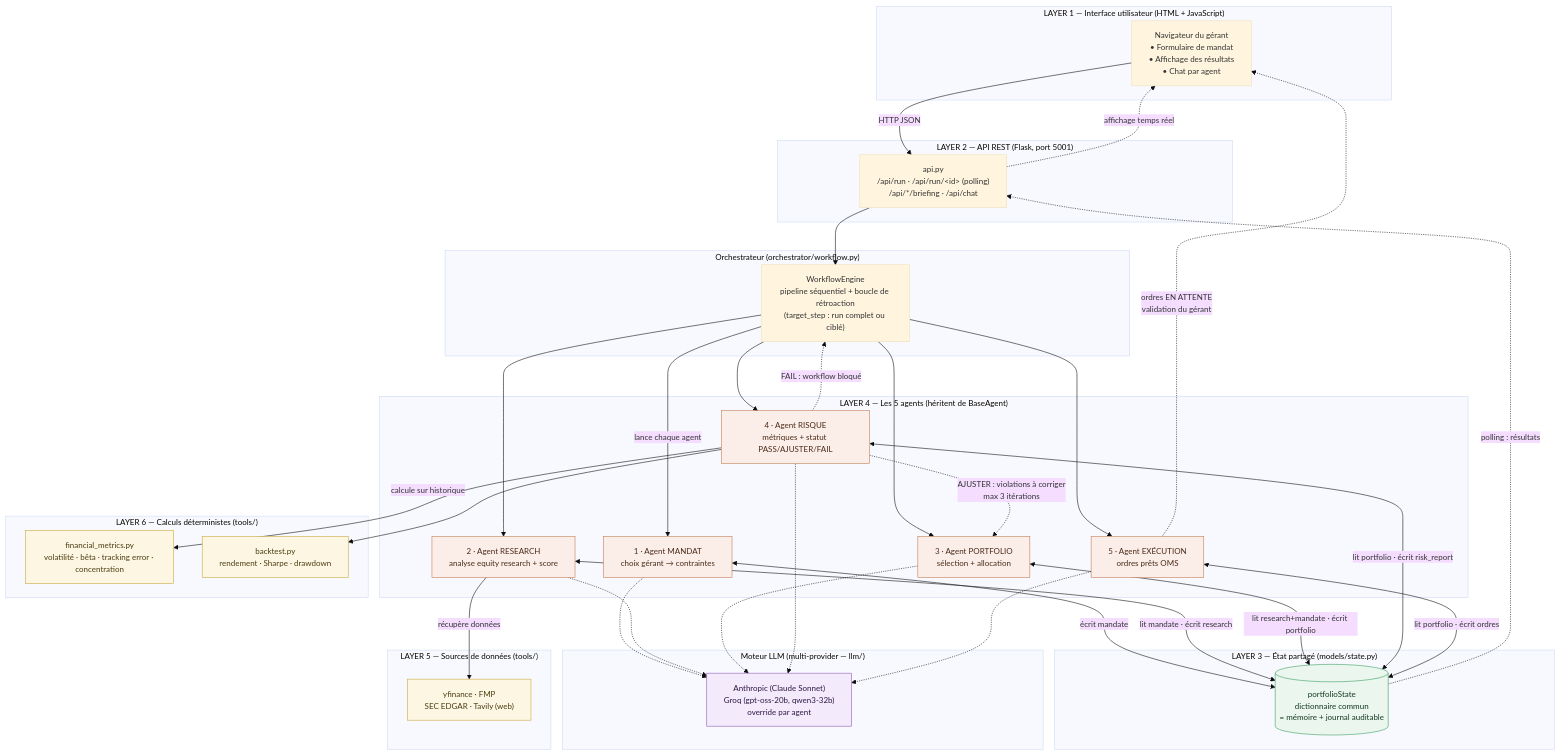
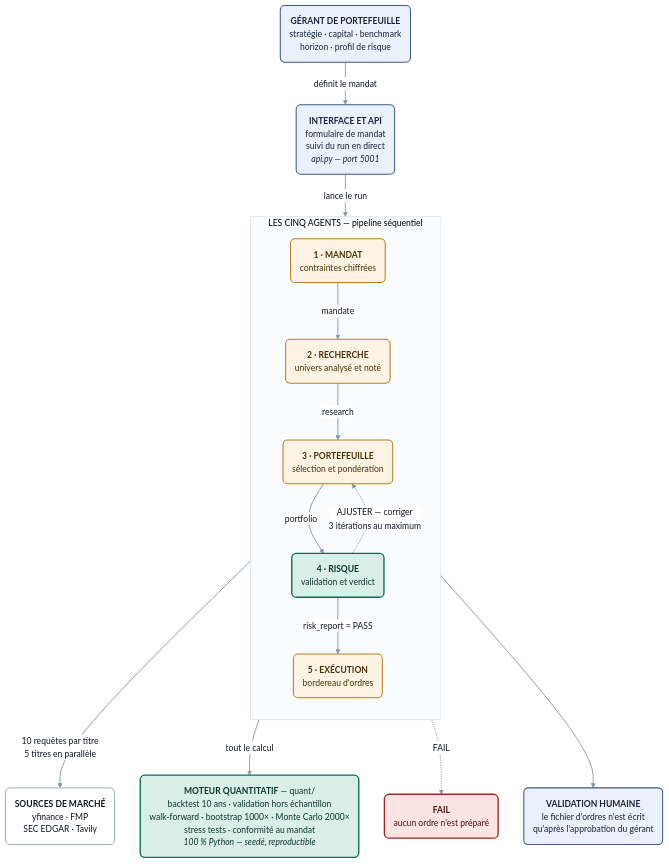
Before and after one commit to damienkuhnz-tech/AlphaSwarm-AI: the diagram in docs/architecture/architecture_AlphaSwarm.mmd, drawn with Mermaid. The commit also changed 85 other files, not shown here.

Commit message:
État complet avant refactorisation de l'interface (sauvegarde pré-refactor)

```diff
--- a/docs/architecture/architecture_AlphaSwarm.mmd
+++ b/docs/architecture/architecture_AlphaSwarm.mmd
@@ -1,93 +1,66 @@
-%%{init: {'theme':'base', 'themeVariables': {'fontSize':'14px'}}}%%
+---
+config:
+  theme: base
+  themeVariables:
+    fontFamily: "Segoe UI, Helvetica Neue, Arial, sans-serif"
+    fontSize: 15px
+    lineColor: "#8496AC"
+    primaryColor: "#FFFFFF"
+    primaryTextColor: "#101720"
+    primaryBorderColor: "#8496AC"
+    clusterBkg: "#FAFBFD"
+    clusterBorder: "#D3DBE6"
+    edgeLabelBackground: "#FFFFFF"
+    tertiaryColor: "#FFFFFF"
+  flowchart:
+    curve: basis
+    padding: 16
+    nodeSpacing: 45
+    rankSpacing: 52
+    wrappingWidth: 420
+    useMaxWidth: true
+---
 flowchart TB
 
-    %% ============================================================
-    %%  AlphaSwarm — Architecture globale (5 agents, état partagé)
-    %% ============================================================
+  GERANT("<b>GÉRANT DE PORTEFEUILLE</b><br/>stratégie · capital · benchmark<br/>horizon · profil de risque")
+  WEB("<b>INTERFACE ET API</b><br/>formulaire de mandat<br/>suivi du run en direct<br/><i>api.py — port 5001</i>")
 
-    subgraph L1["LAYER 1 — Interface utilisateur (HTML + JavaScript)"]
-        UI["Navigateur du gérant<br/>• Formulaire de mandat<br/>• Affichage des résultats<br/>• Chat par agent"]
-    end
+  subgraph PIPE["&nbsp;&nbsp;LES CINQ AGENTS — pipeline séquentiel&nbsp;&nbsp;"]
+    direction TB
+    A1("<b>1 · MANDAT</b><br/>contraintes chiffrées")
+    A2("<b>2 · RECHERCHE</b><br/>univers analysé et noté")
+    A3("<b>3 · PORTEFEUILLE</b><br/>sélection et pondération")
+    A4("<b>4 · RISQUE</b><br/>validation et verdict")
+    A5("<b>5 · EXÉCUTION</b><br/>bordereau d'ordres")
+    A1 -->|mandate| A2
+    A2 -->|research| A3
+    A3 -->|portfolio| A4
+    A4 ==>|"risk_report = PASS"| A5
+    A4 -.->|"AJUSTER — corriger<br/>3 itérations au maximum"| A3
+  end
 
-    subgraph L2["LAYER 2 — API REST (Flask, port 5001)"]
-        API["api.py<br/>/api/run · /api/run/&lt;id&gt; (polling)<br/>/api/*/briefing · /api/chat"]
-    end
+  SRC("<b>SOURCES DE MARCHÉ</b><br/>yfinance · FMP<br/>SEC EDGAR · Tavily")
+  STOP("<b>FAIL</b><br/>aucun ordre n'est préparé")
+  QUANT("<b>MOTEUR QUANTITATIF</b> — quant/<br/>backtest 10 ans · validation hors échantillon<br/>walk-forward · bootstrap 1000× · Monte Carlo 2000×<br/>stress tests · conformité au mandat<br/><i>100 % Python — seedé, reproductible</i>")
+  OK("<b>VALIDATION HUMAINE</b><br/>le fichier d'ordres n'est écrit<br/>qu'après l'approbation du gérant")
 
-    subgraph ORCH["Orchestrateur (orchestrator/workflow.py)"]
-        WF["WorkflowEngine<br/>pipeline séquentiel + boucle de rétroaction<br/>(target_step : run complet ou ciblé)"]
-    end
+  GERANT -->|définit le mandat| WEB
+  WEB -->|lance le run| A1
+  A2 -->|"10 requêtes par titre<br/>5 titres en parallèle"| SRC
+  A4 -->|tout le calcul| QUANT
+  A4 -.->|FAIL| STOP
+  A5 --> OK
 
-    subgraph L3["LAYER 3 — État partagé (models/state.py)"]
-        STATE[("portfolioState<br/>dictionnaire commun<br/>= mémoire + journal auditable")]
-    end
+  classDef juge fill:#FCF3E4,stroke:#B8801F,stroke-width:1.8px,color:#4A3208,rx:8,ry:8;
+  classDef calc fill:#DAEEE8,stroke:#0D6B59,stroke-width:2.4px,color:#0A362E,rx:8,ry:8;
+  classDef io fill:#EBF1FA,stroke:#3A5A8C,stroke-width:1.8px,color:#16253C,rx:8,ry:8;
+  classDef stop fill:#FBE4E1,stroke:#9C2A22,stroke-width:2.4px,color:#4A110D,rx:8,ry:8;
+  classDef data fill:#FFFFFF,stroke:#8496AC,stroke-width:1.4px,color:#101720,rx:8,ry:8;
 
-    subgraph L4["LAYER 4 — Les 5 agents (héritent de BaseAgent)"]
-        A1["1 · Agent MANDAT<br/>choix gérant → contraintes"]
-        A2["2 · Agent RESEARCH<br/>analyse equity research + score"]
-        A3["3 · Agent PORTFOLIO<br/>sélection + allocation"]
-        A4["4 · Agent RISQUE<br/>métriques + statut PASS/AJUSTER/FAIL"]
-        A5["5 · Agent EXÉCUTION<br/>ordres prêts OMS"]
-    end
+  class A1,A2,A3,A5 juge;
+  class A4,QUANT calc;
+  class GERANT,WEB,OK io;
+  class STOP stop;
+  class SRC data;
 
-    subgraph LLM["Moteur LLM (multi-provider — llm/)"]
-        MODELS["Anthropic (Claude Sonnet)<br/>Groq (gpt-oss-20b, qwen3-32b)<br/>override par agent"]
-    end
-
-    subgraph SRC["LAYER 5 — Sources de données (tools/)"]
-        DS["yfinance · FMP<br/>SEC EDGAR · Tavily (web)"]
-    end
-
-    subgraph CALC["LAYER 6 — Calculs déterministes (tools/)"]
-        FM["financial_metrics.py<br/>volatilité · bêta · tracking error · concentration"]
-        BT["backtest.py<br/>rendement · Sharpe · drawdown"]
-    end
-
-    %% ---- Flux principal (requête / réponse) ----
-    UI -->|HTTP JSON| API
-    API --> WF
-    WF -->|lance chaque agent| A1
-    WF --> A2
-    WF --> A3
-    WF --> A4
-    WF --> A5
-
-    %% ---- Communication via l'état partagé (lecture/écriture) ----
-    A1 <-->|écrit mandate| STATE
-    A2 <-->|lit mandate · écrit research| STATE
-    A3 <-->|lit research+mandate · écrit portfolio| STATE
-    A4 <-->|lit portfolio · écrit risk_report| STATE
-    A5 <-->|lit portfolio · écrit ordres| STATE
-
-    %% ---- Boucle de rétroaction Risque -> Portfolio ----
-    A4 -.->|AJUSTER : violations à corriger<br/>max 3 itérations| A3
-    A4 -.->|FAIL : workflow bloqué| WF
-
-    %% ---- Appels LLM (raisonnement) ----
-    A1 -.-> MODELS
-    A2 -.-> MODELS
-    A3 -.-> MODELS
-    A4 -.-> MODELS
-    A5 -.-> MODELS
-
-    %% ---- Données et calculs ----
-    A2 -->|récupère données| DS
-    A4 -->|calcule sur historique| FM
-    A4 --> BT
-
-    %% ---- Résultats renvoyés à l'interface ----
-    STATE -.->|polling : résultats| API
-    API -.->|affichage temps réel| UI
-
-    %% ---- Validation humaine ----
-    A5 -.->|ordres EN ATTENTE<br/>validation du gérant| UI
-
-    classDef layer fill:#eef3fb,stroke:#5b7cb5,color:#1a2a44;
-    classDef agent fill:#fbeee8,stroke:#c47a52,color:#4a2a18;
-    classDef state fill:#eaf6ee,stroke:#3a9d5d,color:#143a22;
-    classDef llm fill:#f3eafb,stroke:#8a5bb5,color:#2e1844;
-    classDef data fill:#fdf6e3,stroke:#c9a83a,color:#4a3c10;
-
-    class A1,A2,A3,A4,A5 agent;
-    class STATE state;
-    class MODELS llm;
-    class DS,FM,BT data;
+  linkStyle default stroke-width:1.6px;
```
